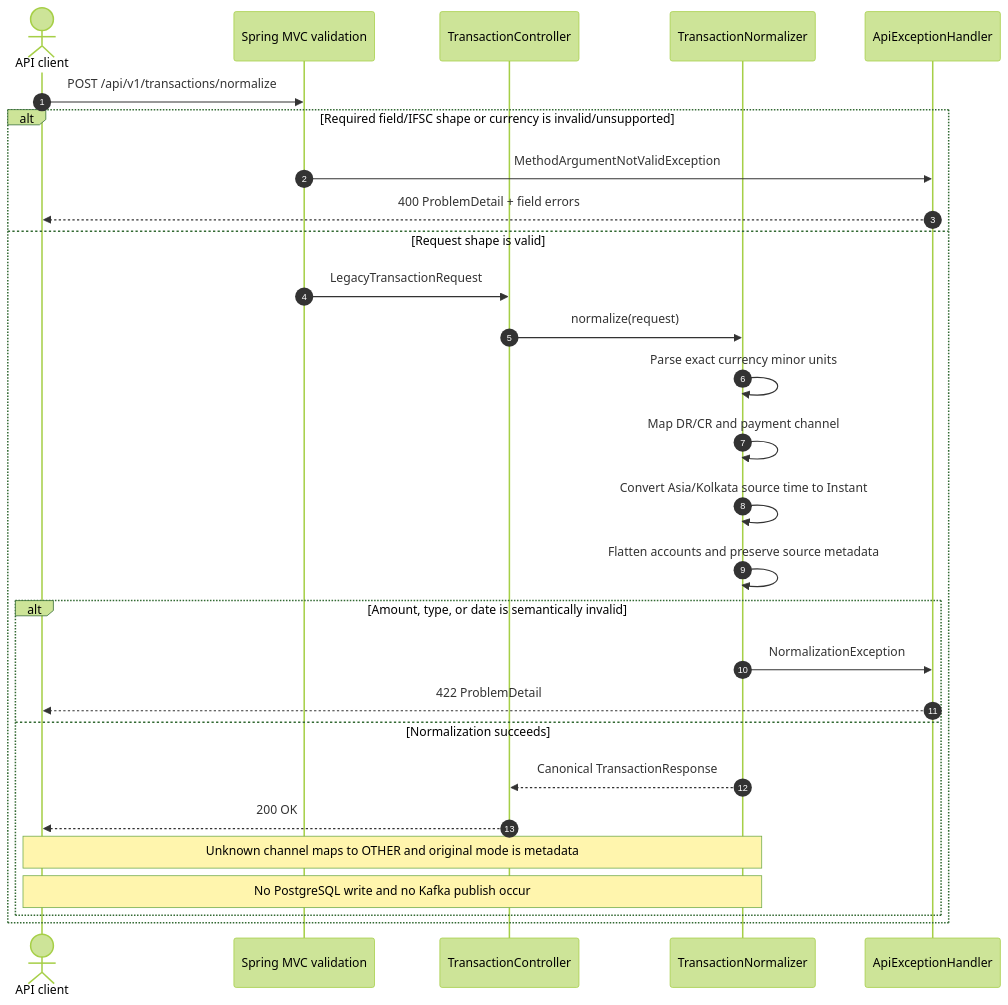
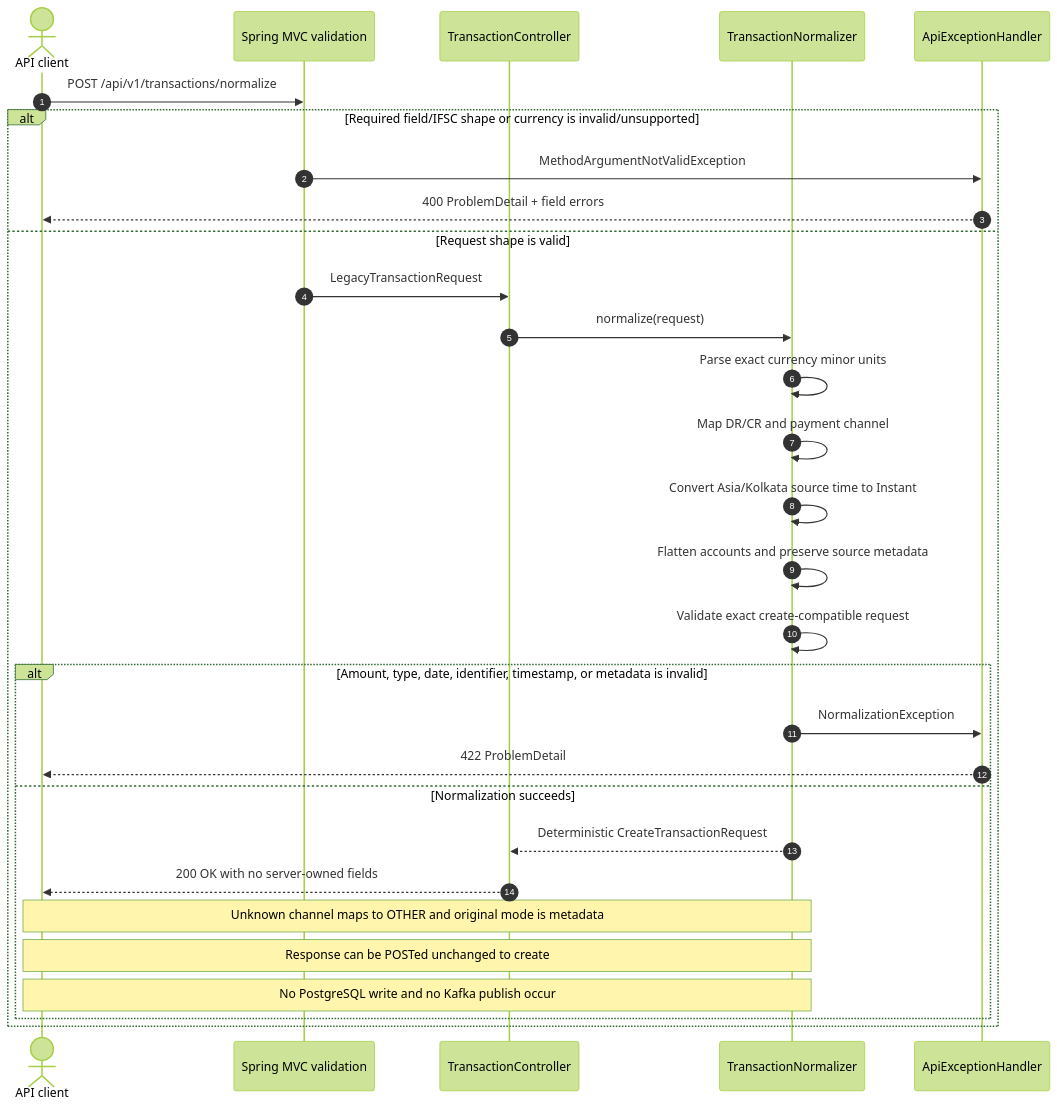
The fourth of 16 diagrams in docs/sequence-diagrams.md (tarunngusain08/transaction-outbox-service), drawn with Mermaid (forest theme) before and after one commit. The commit also changed 7 other files, not shown here.

Commit message:
fix(normalization): return deterministic create input

````diff
--- a/docs/sequence-diagrams.md
+++ b/docs/sequence-diagrams.md
@@ -125,31 +125,33 @@
 ```mermaid
 sequenceDiagram
     autonumber
     actor Client as API client
     participant MVC as Spring MVC validation
     participant Controller as TransactionController
     participant Normalizer as TransactionNormalizer
     participant Handler as ApiExceptionHandler
 
     Client->>MVC: POST /api/v1/transactions/normalize
     alt Required field/IFSC shape or currency is invalid/unsupported
         MVC->>Handler: MethodArgumentNotValidException
         Handler-->>Client: 400 ProblemDetail + field errors
     else Request shape is valid
         MVC->>Controller: LegacyTransactionRequest
         Controller->>Normalizer: normalize(request)
         Normalizer->>Normalizer: Parse exact currency minor units
         Normalizer->>Normalizer: Map DR/CR and payment channel
         Normalizer->>Normalizer: Convert Asia/Kolkata source time to Instant
         Normalizer->>Normalizer: Flatten accounts and preserve source metadata
-        alt Amount, type, or date is semantically invalid
+        Normalizer->>Normalizer: Validate exact create-compatible request
+        alt Amount, type, date, identifier, timestamp, or metadata is invalid
             Normalizer->>Handler: NormalizationException
             Handler-->>Client: 422 ProblemDetail
         else Normalization succeeds
-            Normalizer-->>Controller: Canonical TransactionResponse
-            Controller-->>Client: 200 OK
+            Normalizer-->>Controller: Deterministic CreateTransactionRequest
+            Controller-->>Client: 200 OK with no server-owned fields
             Note over Client,Normalizer: Unknown channel maps to OTHER and original mode is metadata
+            Note over Client,Normalizer: Response can be POSTed unchanged to create
             Note over Client,Normalizer: No PostgreSQL write and no Kafka publish occur
         end
     end
 ```
````
